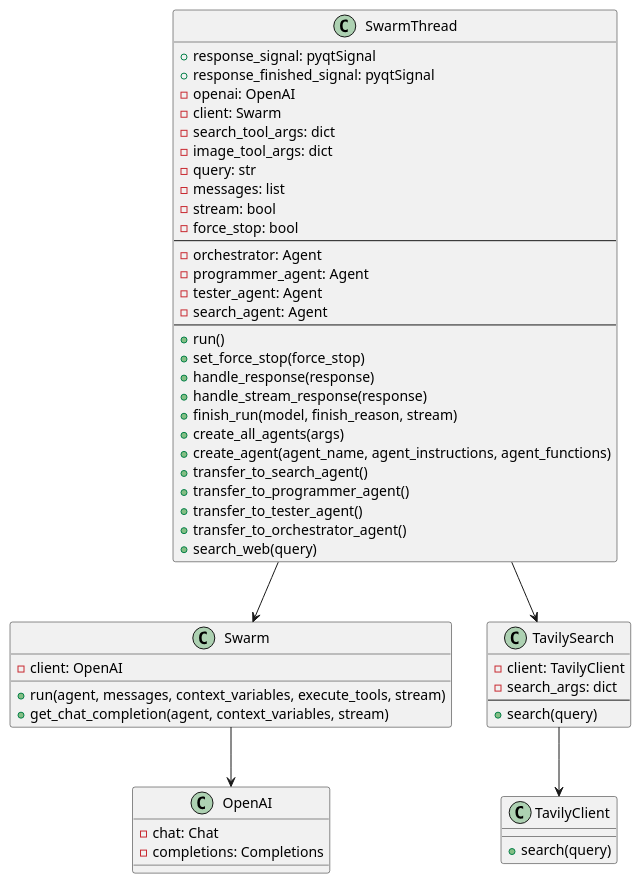
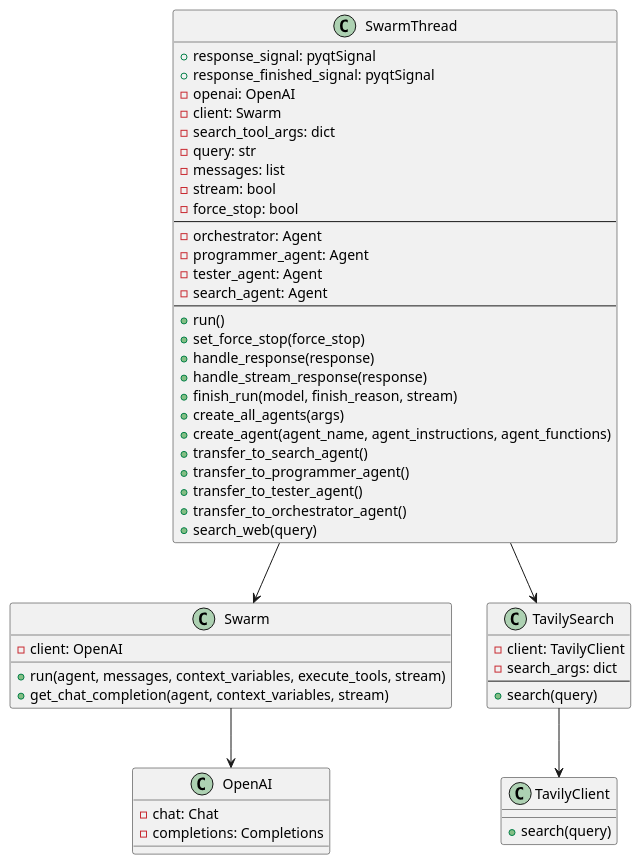
The diagram in uml/SwarmThread_class.puml (hyun-yang/MyAIAgent-Swarm), drawn with PlantUML before and after one commit. The commit also changed 1 other file, not shown here.

```diff
--- a/uml/SwarmThread_class.puml
+++ b/uml/SwarmThread_class.puml
@@ -1,61 +1,60 @@
 @startuml
 
 class SwarmThread {
     +response_signal: pyqtSignal
     +response_finished_signal: pyqtSignal
     - openai: OpenAI
     - client: Swarm
     - search_tool_args: dict
-    - image_tool_args: dict
     - query: str
     - messages: list
     - stream: bool
     - force_stop: bool
     --
     - orchestrator: Agent
     - programmer_agent: Agent
     - tester_agent: Agent
     - search_agent: Agent
     --
     + run()
     + set_force_stop(force_stop)
     + handle_response(response)
     + handle_stream_response(response)
     + finish_run(model, finish_reason, stream)
     + create_all_agents(args)
     + create_agent(agent_name, agent_instructions, agent_functions)
     + transfer_to_search_agent()
     + transfer_to_programmer_agent()
     + transfer_to_tester_agent()
     + transfer_to_orchestrator_agent()
     + search_web(query)
 }
 
 class Swarm {
     - client: OpenAI
     + run(agent, messages, context_variables, execute_tools, stream)
     + get_chat_completion(agent, context_variables, stream)
 }
 
 class OpenAI {
     - chat: Chat
     - completions: Completions
 }
 
 class TavilySearch {
     - client: TavilyClient
     - search_args: dict
     --
     + search(query)
 }
 
 class TavilyClient {
     + search(query)
 }
 
 SwarmThread --> Swarm
 Swarm --> OpenAI
 SwarmThread --> TavilySearch
 TavilySearch --> TavilyClient
 
 @enduml
```
